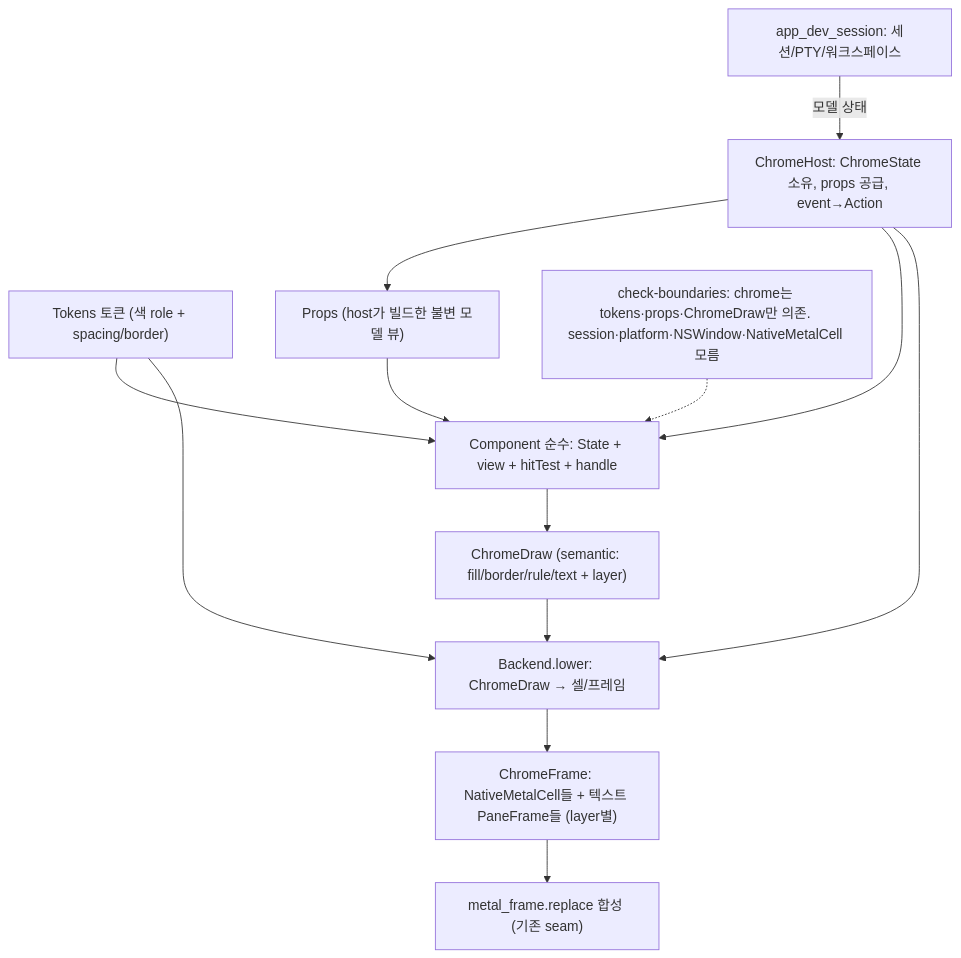
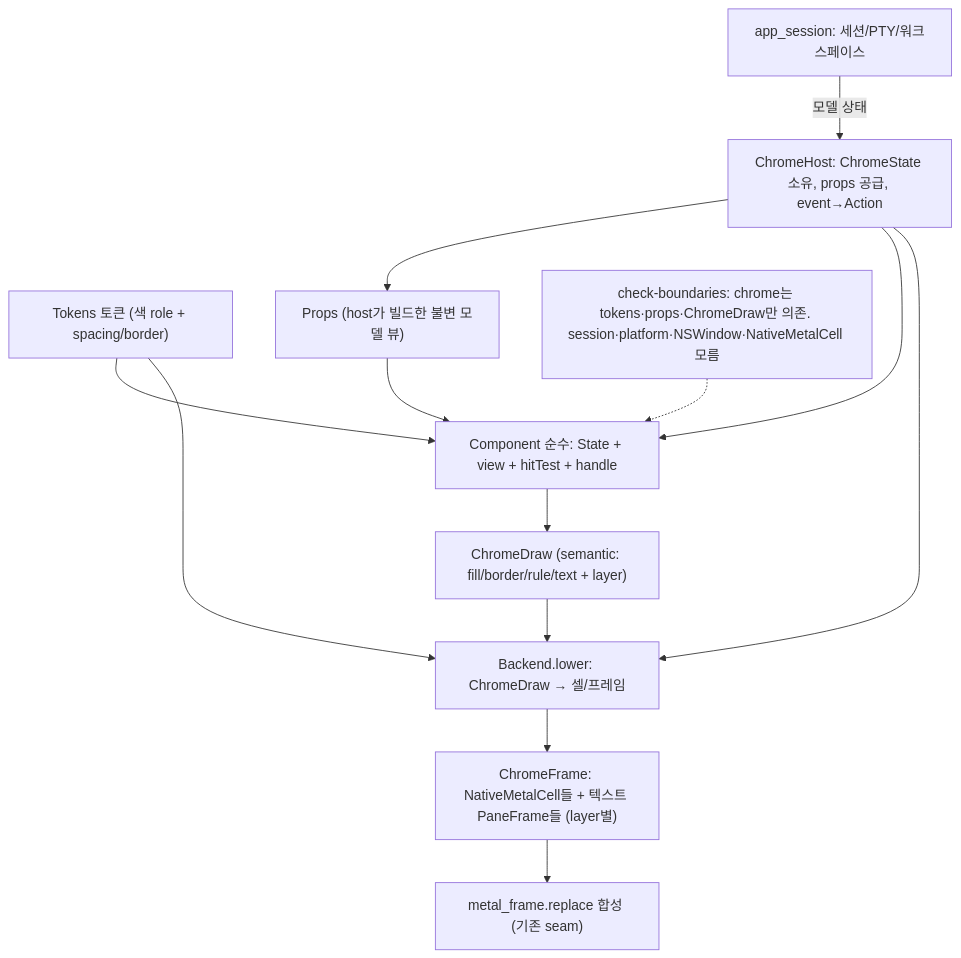
Before and after one commit to ohah/maru: the diagram in docs/chrome-strategy.md, drawn with Mermaid. The commit also changed other lines of this file and 44 other files, not shown here.

First line of the commit message:
refactor(app-host): "dev" 네이밍을 app으로 전면 rename (코드·바이너리·스텝·문서)

````diff
--- a/docs/chrome-strategy.md
+++ b/docs/chrome-strategy.md
@@ -50,15 +50,15 @@
 ```mermaid
 flowchart TD
     tokens["Tokens 토큰 (색 role + spacing/border)"] --> comp["Component 순수: State + view + hitTest + handle"]
     props["Props (host가 빌드한 불변 모델 뷰)"] --> comp
     comp --> cdraw["ChromeDraw (semantic: fill/border/rule/text + layer)"]
     cdraw --> backend["Backend.lower: ChromeDraw → 셀/프레임"]
     tokens --> backend
     backend --> bundle["ChromeFrame: NativeMetalCell들 + 텍스트 PaneFrame들 (layer별)"]
     bundle --> replace["metal_frame.replace 합성 (기존 seam)"]
     host["ChromeHost: ChromeState 소유, props 공급, event→Action"] --> props
     host --> comp
     host --> backend
-    session["app_dev_session: 세션/PTY/워크스페이스"] -->|"모델 상태"| host
+    session["app_session: 세션/PTY/워크스페이스"] -->|"모델 상태"| host
     boundary["check-boundaries: chrome는 tokens·props·ChromeDraw만 의존. session·platform·NSWindow·NativeMetalCell 모름"] -.-> comp
 ```
````
